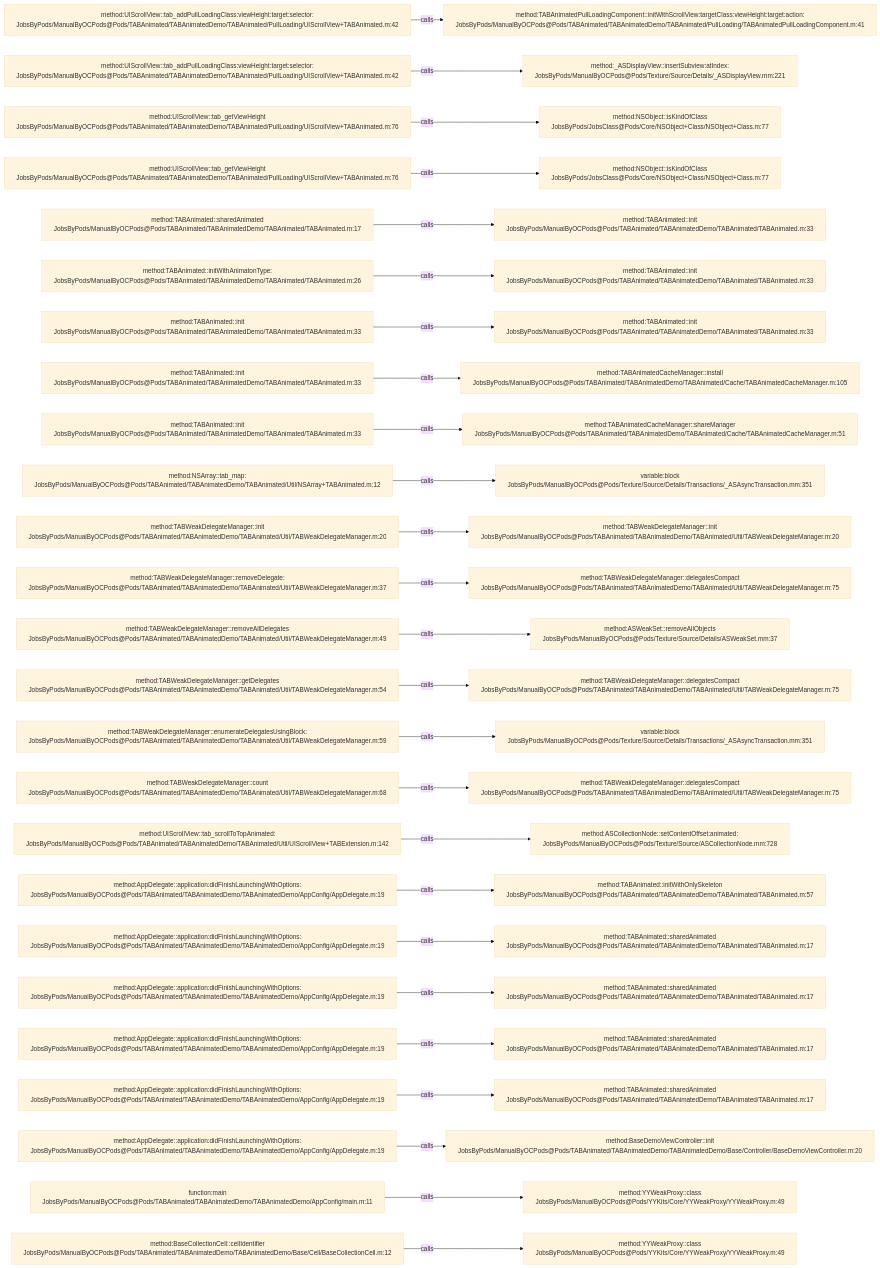
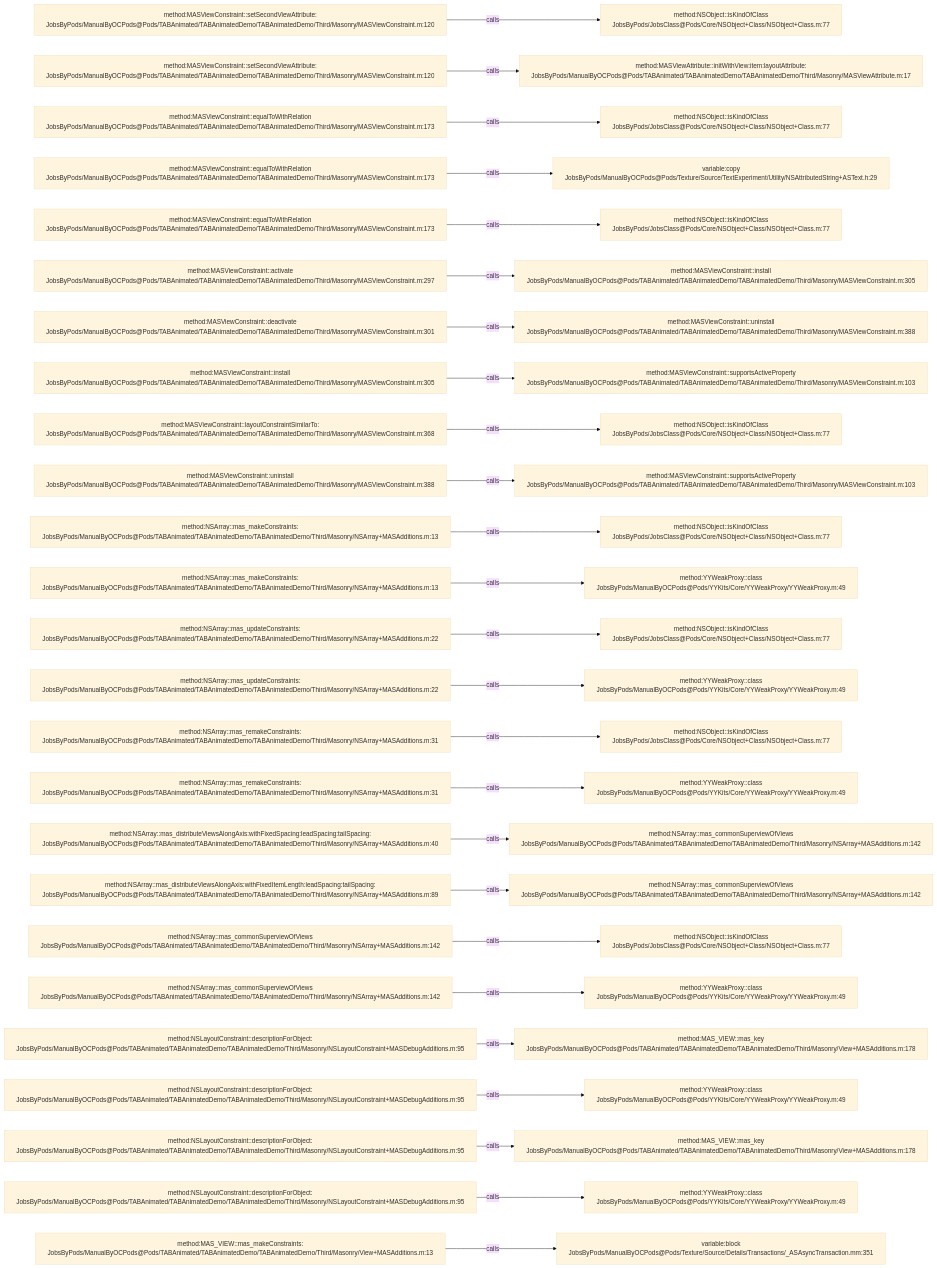
The diagram in .codegraph/codegraph.md/graphs/calls-047.md (JobsKits/JobsOCBaseConfigDemo), drawn with Mermaid (base theme) before and after one commit. The commit also changed 1223 other files, not shown here.

````diff
--- a/.codegraph/codegraph.md/graphs/calls-047.md
+++ b/.codegraph/codegraph.md/graphs/calls-047.md
@@ -13,78 +13,78 @@
 ```mermaid
 flowchart LR
-  S1["method:UIScrollView::tab_addPullLoadingClass:viewHeight:target:selector:<br/>JobsByPods/ManualByOCPods@Pods/TABAnimated/TABAnimatedDemo/TABAnimated/PullLoading/UIScrollView+TABAnimated.m:42"]
-  T1["method:TABAnimatedPullLoadingComponent::initWithScrollView:targetClass:viewHeight:target:action:<br/>JobsByPods/ManualByOCPods@Pods/TABAnimated/TABAnimatedDemo/TABAnimated/PullLoading/TABAnimatedPullLoadingComponent.m:41"]
+  S1["method:MASViewConstraint::setSecondViewAttribute:<br/>JobsByPods/ManualByOCPods@Pods/TABAnimated/TABAnimatedDemo/TABAnimatedDemo/Third/Masonry/MASViewConstraint.m:120"]
+  T1["method:NSObject::isKindOfClass<br/>JobsByPods/JobsClass@Pods/Core/NSObject+Class/NSObject+Class.m:77"]
   S1 -->|calls| T1
-  S2["method:UIScrollView::tab_addPullLoadingClass:viewHeight:target:selector:<br/>JobsByPods/ManualByOCPods@Pods/TABAnimated/TABAnimatedDemo/TABAnimated/PullLoading/UIScrollView+TABAnimated.m:42"]
-  T2["method:_ASDisplayView::insertSubview:atIndex:<br/>JobsByPods/ManualByOCPods@Pods/Texture/Source/Details/_ASDisplayView.mm:221"]
+  S2["method:MASViewConstraint::setSecondViewAttribute:<br/>JobsByPods/ManualByOCPods@Pods/TABAnimated/TABAnimatedDemo/TABAnimatedDemo/Third/Masonry/MASViewConstraint.m:120"]
+  T2["method:MASViewAttribute::initWithView:item:layoutAttribute:<br/>JobsByPods/ManualByOCPods@Pods/TABAnimated/TABAnimatedDemo/TABAnimatedDemo/Third/Masonry/MASViewAttribute.m:17"]
   S2 -->|calls| T2
-  S3["method:UIScrollView::tab_getViewHeight<br/>JobsByPods/ManualByOCPods@Pods/TABAnimated/TABAnimatedDemo/TABAnimated/PullLoading/UIScrollView+TABAnimated.m:76"]
+  S3["method:MASViewConstraint::equalToWithRelation<br/>JobsByPods/ManualByOCPods@Pods/TABAnimated/TABAnimatedDemo/TABAnimatedDemo/Third/Masonry/MASViewConstraint.m:173"]
   T3["method:NSObject::isKindOfClass<br/>JobsByPods/JobsClass@Pods/Core/NSObject+Class/NSObject+Class.m:77"]
   S3 -->|calls| T3
-  S4["method:UIScrollView::tab_getViewHeight<br/>JobsByPods/ManualByOCPods@Pods/TABAnimated/TABAnimatedDemo/TABAnimated/PullLoading/UIScrollView+TABAnimated.m:76"]
-  T4["method:NSObject::isKindOfClass<br/>JobsByPods/JobsClass@Pods/Core/NSObject+Class/NSObject+Class.m:77"]
+  S4["method:MASViewConstraint::equalToWithRelation<br/>JobsByPods/ManualByOCPods@Pods/TABAnimated/TABAnimatedDemo/TABAnimatedDemo/Third/Masonry/MASViewConstraint.m:173"]
+  T4["variable:copy<br/>JobsByPods/ManualByOCPods@Pods/Texture/Source/TextExperiment/Utility/NSAttributedString+ASText.h:29"]
   S4 -->|calls| T4
-  S5["method:TABAnimated::sharedAnimated<br/>JobsByPods/ManualByOCPods@Pods/TABAnimated/TABAnimatedDemo/TABAnimated/TABAnimated.m:17"]
-  T5["method:TABAnimated::init<br/>JobsByPods/ManualByOCPods@Pods/TABAnimated/TABAnimatedDemo/TABAnimated/TABAnimated.m:33"]
+  S5["method:MASViewConstraint::equalToWithRelation<br/>JobsByPods/ManualByOCPods@Pods/TABAnimated/TABAnimatedDemo/TABAnimatedDemo/Third/Masonry/MASViewConstraint.m:173"]
+  T5["method:NSObject::isKindOfClass<br/>JobsByPods/JobsClass@Pods/Core/NSObject+Class/NSObject+Class.m:77"]
   S5 -->|calls| T5
-  S6["method:TABAnimated::initWithAnimatonType:<br/>JobsByPods/ManualByOCPods@Pods/TABAnimated/TABAnimatedDemo/TABAnimated/TABAnimated.m:26"]
-  T6["method:TABAnimated::init<br/>JobsByPods/ManualByOCPods@Pods/TABAnimated/TABAnimatedDemo/TABAnimated/TABAnimated.m:33"]
+  S6["method:MASViewConstraint::activate<br/>JobsByPods/ManualByOCPods@Pods/TABAnimated/TABAnimatedDemo/TABAnimatedDemo/Third/Masonry/MASViewConstraint.m:297"]
+  T6["method:MASViewConstraint::install<br/>JobsByPods/ManualByOCPods@Pods/TABAnimated/TABAnimatedDemo/TABAnimatedDemo/Third/Masonry/MASViewConstraint.m:305"]
   S6 -->|calls| T6
-  S7["method:TABAnimated::init<br/>JobsByPods/ManualByOCPods@Pods/TABAnimated/TABAnimatedDemo/TABAnimated/TABAnimated.m:33"]
-  T7["method:TABAnimated::init<br/>JobsByPods/ManualByOCPods@Pods/TABAnimated/TABAnimatedDemo/TABAnimated/TABAnimated.m:33"]
+  S7["method:MASViewConstraint::deactivate<br/>JobsByPods/ManualByOCPods@Pods/TABAnimated/TABAnimatedDemo/TABAnimatedDemo/Third/Masonry/MASViewConstraint.m:301"]
+  T7["method:MASViewConstraint::uninstall<br/>JobsByPods/ManualByOCPods@Pods/TABAnimated/TABAnimatedDemo/TABAnimatedDemo/Third/Masonry/MASViewConstraint.m:388"]
   S7 -->|calls| T7
-  S8["method:TABAnimated::init<br/>JobsByPods/ManualByOCPods@Pods/TABAnimated/TABAnimatedDemo/TABAnimated/TABAnimated.m:33"]
-  T8["method:TABAnimatedCacheManager::install<br/>JobsByPods/ManualByOCPods@Pods/TABAnimated/TABAnimatedDemo/TABAnimated/Cache/TABAnimatedCacheManager.m:105"]
+  S8["method:MASViewConstraint::install<br/>JobsByPods/ManualByOCPods@Pods/TABAnimated/TABAnimatedDemo/TABAnimatedDemo/Third/Masonry/MASViewConstraint.m:305"]
+  T8["method:MASViewConstraint::supportsActiveProperty<br/>JobsByPods/ManualByOCPods@Pods/TABAnimated/TABAnimatedDemo/TABAnimatedDemo/Third/Masonry/MASViewConstraint.m:103"]
   S8 -->|calls| T8
-  S9["method:TABAnimated::init<br/>JobsByPods/ManualByOCPods@Pods/TABAnimated/TABAnimatedDemo/TABAnimated/TABAnimated.m:33"]
-  T9["method:TABAnimatedCacheManager::shareManager<br/>JobsByPods/ManualByOCPods@Pods/TABAnimated/TABAnimatedDemo/TABAnimated/Cache/TABAnimatedCacheManager.m:51"]
+  S9["method:MASViewConstraint::layoutConstraintSimilarTo:<br/>JobsByPods/ManualByOCPods@Pods/TABAnimated/TABAnimatedDemo/TABAnimatedDemo/Third/Masonry/MASViewConstraint.m:368"]
+  T9["method:NSObject::isKindOfClass<br/>JobsByPods/JobsClass@Pods/Core/NSObject+Class/NSObject+Class.m:77"]
   S9 -->|calls| T9
-  S10["method:NSArray::tab_map:<br/>JobsByPods/ManualByOCPods@Pods/TABAnimated/TABAnimatedDemo/TABAnimated/Util/NSArray+TABAnimated.m:12"]
-  T10["variable:block<br/>JobsByPods/ManualByOCPods@Pods/Texture/Source/Details/Transactions/_ASAsyncTransaction.mm:351"]
+  S10["method:MASViewConstraint::uninstall<br/>JobsByPods/ManualByOCPods@Pods/TABAnimated/TABAnimatedDemo/TABAnimatedDemo/Third/Masonry/MASViewConstraint.m:388"]
+  T10["method:MASViewConstraint::supportsActiveProperty<br/>JobsByPods/ManualByOCPods@Pods/TABAnimated/TABAnimatedDemo/TABAnimatedDemo/Third/Masonry/MASViewConstraint.m:103"]
   S10 -->|calls| T10
-  S11["method:TABWeakDelegateManager::init<br/>JobsByPods/ManualByOCPods@Pods/TABAnimated/TABAnimatedDemo/TABAnimated/Util/TABWeakDelegateManager.m:20"]
-  T11["method:TABWeakDelegateManager::init<br/>JobsByPods/ManualByOCPods@Pods/TABAnimated/TABAnimatedDemo/TABAnimated/Util/TABWeakDelegateManager.m:20"]
+  S11["method:NSArray::mas_makeConstraints:<br/>JobsByPods/ManualByOCPods@Pods/TABAnimated/TABAnimatedDemo/TABAnimatedDemo/Third/Masonry/NSArray+MASAdditions.m:13"]
+  T11["method:NSObject::isKindOfClass<br/>JobsByPods/JobsClass@Pods/Core/NSObject+Class/NSObject+Class.m:77"]
   S11 -->|calls| T11
-  S12["method:TABWeakDelegateManager::removeDelegate:<br/>JobsByPods/ManualByOCPods@Pods/TABAnimated/TABAnimatedDemo/TABAnimated/Util/TABWeakDelegateManager.m:37"]
-  T12["method:TABWeakDelegateManager::delegatesCompact<br/>JobsByPods/ManualByOCPods@Pods/TABAnimated/TABAnimatedDemo/TABAnimated/Util/TABWeakDelegateManager.m:75"]
+  S12["method:NSArray::mas_makeConstraints:<br/>JobsByPods/ManualByOCPods@Pods/TABAnimated/TABAnimatedDemo/TABAnimatedDemo/Third/Masonry/NSArray+MASAdditions.m:13"]
+  T12["method:YYWeakProxy::class<br/>JobsByPods/ManualByOCPods@Pods/YYKits/Core/YYWeakProxy/YYWeakProxy.m:49"]
   S12 -->|calls| T12
-  S13["method:TABWeakDelegateManager::removeAllDelegates<br/>JobsByPods/ManualByOCPods@Pods/TABAnimated/TABAnimatedDemo/TABAnimated/Util/TABWeakDelegateManager.m:49"]
-  T13["method:ASWeakSet::removeAllObjects<br/>JobsByPods/ManualByOCPods@Pods/Texture/Source/Details/ASWeakSet.mm:37"]
+  S13["method:NSArray::mas_updateConstraints:<br/>JobsByPods/ManualByOCPods@Pods/TABAnimated/TABAnimatedDemo/TABAnimatedDemo/Third/Masonry/NSArray+MASAdditions.m:22"]
+  T13["method:NSObject::isKindOfClass<br/>JobsByPods/JobsClass@Pods/Core/NSObject+Class/NSObject+Class.m:77"]
   S13 -->|calls| T13
-  S14["method:TABWeakDelegateManager::getDelegates<br/>JobsByPods/ManualByOCPods@Pods/TABAnimated/TABAnimatedDemo/TABAnimated/Util/TABWeakDelegateManager.m:54"]
-  T14["method:TABWeakDelegateManager::delegatesCompact<br/>JobsByPods/ManualByOCPods@Pods/TABAnimated/TABAnimatedDemo/TABAnimated/Util/TABWeakDelegateManager.m:75"]
+  S14["method:NSArray::mas_updateConstraints:<br/>JobsByPods/ManualByOCPods@Pods/TABAnimated/TABAnimatedDemo/TABAnimatedDemo/Third/Masonry/NSArray+MASAdditions.m:22"]
+  T14["method:YYWeakProxy::class<br/>JobsByPods/ManualByOCPods@Pods/YYKits/Core/YYWeakProxy/YYWeakProxy.m:49"]
   S14 -->|calls| T14
-  S15["method:TABWeakDelegateManager::enumerateDelegatesUsingBlock:<br/>JobsByPods/ManualByOCPods@Pods/TABAnimated/TABAnimatedDemo/TABAnimated/Util/TABWeakDelegateManager.m:59"]
-  T15["variable:block<br/>JobsByPods/ManualByOCPods@Pods/Texture/Source/Details/Transactions/_ASAsyncTransaction.mm:351"]
+  S15["method:NSArray::mas_remakeConstraints:<br/>JobsByPods/ManualByOCPods@Pods/TABAnimated/TABAnimatedDemo/TABAnimatedDemo/Third/Masonry/NSArray+MASAdditions.m:31"]
+  T15["method:NSObject::isKindOfClass<br/>JobsByPods/JobsClass@Pods/Core/NSObject+Class/NSObject+Class.m:77"]
   S15 -->|calls| T15
-  S16["method:TABWeakDelegateManager::count<br/>JobsByPods/ManualByOCPods@Pods/TABAnimated/TABAnimatedDemo/TABAnimated/Util/TABWeakDelegateManager.m:68"]
-  T16["method:TABWeakDelegateManager::delegatesCompact<br/>JobsByPods/ManualByOCPods@Pods/TABAnimated/TABAnimatedDemo/TABAnimated/Util/TABWeakDelegateManager.m:75"]
+  S16["method:NSArray::mas_remakeConstraints:<br/>JobsByPods/ManualByOCPods@Pods/TABAnimated/TABAnimatedDemo/TABAnimatedDemo/Third/Masonry/NSArray+MASAdditions.m:31"]
+  T16["method:YYWeakProxy::class<br/>JobsByPods/ManualByOCPods@Pods/YYKits/Core/YYWeakProxy/YYWeakProxy.m:49"]
   S16 -->|calls| T16
-  S17["method:UIScrollView::tab_scrollToTopAnimated:<br/>JobsByPods/ManualByOCPods@Pods/TABAnimated/TABAnimatedDemo/TABAnimated/Util/UIScrollView+TABExtension.m:142"]
-  T17["method:ASCollectionNode::setContentOffset:animated:<br/>JobsByPods/ManualByOCPods@Pods/Texture/Source/ASCollectionNode.mm:728"]
+  S17["method:NSArray::mas_distributeViewsAlongAxis:withFixedSpacing:leadSpacing:tailSpacing:<br/>JobsByPods/ManualByOCPods@Pods/TABAnimated/TABAnimatedDemo/TABAnimatedDemo/Third/Masonry/NSArray+MASAdditions.m:40"]
+  T17["method:NSArray::mas_commonSuperviewOfViews<br/>JobsByPods/ManualByOCPods@Pods/TABAnimated/TABAnimatedDemo/TABAnimatedDemo/Third/Masonry/NSArray+MASAdditions.m:142"]
   S17 -->|calls| T17
-  S18["method:AppDelegate::application:didFinishLaunchingWithOptions:<br/>JobsByPods/ManualByOCPods@Pods/TABAnimated/TABAnimatedDemo/TABAnimatedDemo/AppConfig/AppDelegate.m:19"]
-  T18["method:TABAnimated::initWithOnlySkeleton<br/>JobsByPods/ManualByOCPods@Pods/TABAnimated/TABAnimatedDemo/TABAnimated/TABAnimated.m:57"]
+  S18["method:NSArray::mas_distributeViewsAlongAxis:withFixedItemLength:leadSpacing:tailSpacing:<br/>JobsByPods/ManualByOCPods@Pods/TABAnimated/TABAnimatedDemo/TABAnimatedDemo/Third/Masonry/NSArray+MASAdditions.m:89"]
+  T18["method:NSArray::mas_commonSuperviewOfViews<br/>JobsByPods/ManualByOCPods@Pods/TABAnimated/TABAnimatedDemo/TABAnimatedDemo/Third/Masonry/NSArray+MASAdditions.m:142"]
   S18 -->|calls| T18
-  S19["method:AppDelegate::application:didFinishLaunchingWithOptions:<br/>JobsByPods/ManualByOCPods@Pods/TABAnimated/TABAnimatedDemo/TABAnimatedDemo/AppConfig/AppDelegate.m:19"]
-  T19["method:TABAnimated::sharedAnimated<br/>JobsByPods/ManualByOCPods@Pods/TABAnimated/TABAnimatedDemo/TABAnimated/TABAnimated.m:17"]
+  S19["method:NSArray::mas_commonSuperviewOfViews<br/>JobsByPods/ManualByOCPods@Pods/TABAnimated/TABAnimatedDemo/TABAnimatedDemo/Third/Masonry/NSArray+MASAdditions.m:142"]
+  T19["method:NSObject::isKindOfClass<br/>JobsByPods/JobsClass@Pods/Core/NSObject+Class/NSObject+Class.m:77"]
   S19 -->|calls| T19
-  S20["method:AppDelegate::application:didFinishLaunchingWithOptions:<br/>JobsByPods/ManualByOCPods@Pods/TABAnimated/TABAnimatedDemo/TABAnimatedDemo/AppConfig/AppDelegate.m:19"]
-  T20["method:TABAnimated::sharedAnimated<br/>JobsByPods/ManualByOCPods@Pods/TABAnimated/TABAnimatedDemo/TABAnimated/TABAnimated.m:17"]
+  S20["method:NSArray::mas_commonSuperviewOfViews<br/>JobsByPods/ManualByOCPods@Pods/TABAnimated/TABAnimatedDemo/TABAnimatedDemo/Third/Masonry/NSArray+MASAdditions.m:142"]
+  T20["method:YYWeakProxy::class<br/>JobsByPods/ManualByOCPods@Pods/YYKits/Core/YYWeakProxy/YYWeakProxy.m:49"]
   S20 -->|calls| T20
-  S21["method:AppDelegate::application:didFinishLaunchingWithOptions:<br/>JobsByPods/ManualByOCPods@Pods/TABAnimated/TABAnimatedDemo/TABAnimatedDemo/AppConfig/AppDelegate.m:19"]
-  T21["method:TABAnimated::sharedAnimated<br/>JobsByPods/ManualByOCPods@Pods/TABAnimated/TABAnimatedDemo/TABAnimated/TABAnimated.m:17"]
+  S21["method:NSLayoutConstraint::descriptionForObject:<br/>JobsByPods/ManualByOCPods@Pods/TABAnimated/TABAnimatedDemo/TABAnimatedDemo/Third/Masonry/NSLayoutConstraint+MASDebugAdditions.m:95"]
+  T21["method:MAS_VIEW::mas_key<br/>JobsByPods/ManualByOCPods@Pods/TABAnimated/TABAnimatedDemo/TABAnimatedDemo/Third/Masonry/View+MASAdditions.m:178"]
   S21 -->|calls| T21
-  S22["method:AppDelegate::application:didFinishLaunchingWithOptions:<br/>JobsByPods/ManualByOCPods@Pods/TABAnimated/TABAnimatedDemo/TABAnimatedDemo/AppConfig/AppDelegate.m:19"]
-  T22["method:TABAnimated::sharedAnimated<br/>JobsByPods/ManualByOCPods@Pods/TABAnimated/TABAnimatedDemo/TABAnimated/TABAnimated.m:17"]
+  S22["method:NSLayoutConstraint::descriptionForObject:<br/>JobsByPods/ManualByOCPods@Pods/TABAnimated/TABAnimatedDemo/TABAnimatedDemo/Third/Masonry/NSLayoutConstraint+MASDebugAdditions.m:95"]
+  T22["method:YYWeakProxy::class<br/>JobsByPods/ManualByOCPods@Pods/YYKits/Core/YYWeakProxy/YYWeakProxy.m:49"]
   S22 -->|calls| T22
-  S23["method:AppDelegate::application:didFinishLaunchingWithOptions:<br/>JobsByPods/ManualByOCPods@Pods/TABAnimated/TABAnimatedDemo/TABAnimatedDemo/AppConfig/AppDelegate.m:19"]
-  T23["method:BaseDemoViewController::init<br/>JobsByPods/ManualByOCPods@Pods/TABAnimated/TABAnimatedDemo/TABAnimatedDemo/Base/Controller/BaseDemoViewController.m:20"]
+  S23["method:NSLayoutConstraint::descriptionForObject:<br/>JobsByPods/ManualByOCPods@Pods/TABAnimated/TABAnimatedDemo/TABAnimatedDemo/Third/Masonry/NSLayoutConstraint+MASDebugAdditions.m:95"]
+  T23["method:MAS_VIEW::mas_key<br/>JobsByPods/ManualByOCPods@Pods/TABAnimated/TABAnimatedDemo/TABAnimatedDemo/Third/Masonry/View+MASAdditions.m:178"]
   S23 -->|calls| T23
-  S24["function:main<br/>JobsByPods/ManualByOCPods@Pods/TABAnimated/TABAnimatedDemo/TABAnimatedDemo/AppConfig/main.m:11"]
+  S24["method:NSLayoutConstraint::descriptionForObject:<br/>JobsByPods/ManualByOCPods@Pods/TABAnimated/TABAnimatedDemo/TABAnimatedDemo/Third/Masonry/NSLayoutConstraint+MASDebugAdditions.m:95"]
   T24["method:YYWeakProxy::class<br/>JobsByPods/ManualByOCPods@Pods/YYKits/Core/YYWeakProxy/YYWeakProxy.m:49"]
   S24 -->|calls| T24
-  S25["method:BaseCollectionCell::cellIdentifier<br/>JobsByPods/ManualByOCPods@Pods/TABAnimated/TABAnimatedDemo/TABAnimatedDemo/Base/Cell/BaseCollectionCell.m:12"]
-  T25["method:YYWeakProxy::class<br/>JobsByPods/ManualByOCPods@Pods/YYKits/Core/YYWeakProxy/YYWeakProxy.m:49"]
+  S25["method:MAS_VIEW::mas_makeConstraints:<br/>JobsByPods/ManualByOCPods@Pods/TABAnimated/TABAnimatedDemo/TABAnimatedDemo/Third/Masonry/View+MASAdditions.m:13"]
+  T25["variable:block<br/>JobsByPods/ManualByOCPods@Pods/Texture/Source/Details/Transactions/_ASAsyncTransaction.mm:351"]
   S25 -->|calls| T25
 ```
````
